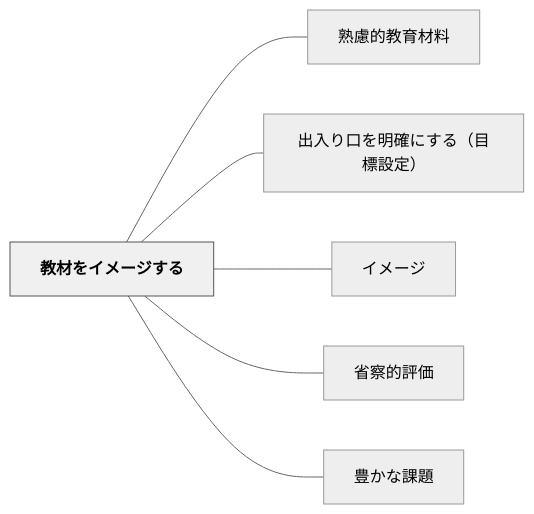
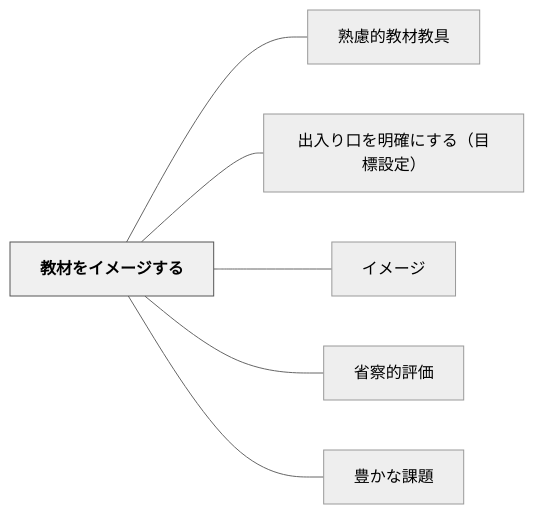
The diagram in content/パタン/教材をイメージする.md (unknownthings-ed-patterns/unknownthings-ed-patterns), drawn with Mermaid (neutral theme) before and after one commit. The commit also changed other lines of this file and 72 other files, not shown here.

````diff
--- a/content/パタン/教材をイメージする.md
+++ b/content/パタン/教材をイメージする.md
@@ -49,18 +49,18 @@
 ```mermaid
 flowchart LR
     ne69599e69d90e38292e382a4e383a1e383bce382b8e38199e3828b["教材をイメージする"]
-    ne7869fe685aee79a84e69599e882b2e69d90e69699["熟慮的教育材料"]
+    ne7869fe685aee79a84e69599e69d90e69599e585b7["熟慮的教材教具"]
     ne587bae585a5e3828ae58fa3e38292e6988ee7a2bae381abe38199e3828befbc88e79baee6a899e8a8ade5ae9aefbc89["出入り口を明確にする（目標設定）"]
     ne382a4e383a1e383bce382b8["イメージ"]
     ne79c81e5af9fe79a84e8a995e4bea1["省察的評価"]
     ne8b18ae3818be381aae8aab2e9a18c["豊かな課題"]
 
-    ne69599e69d90e38292e382a4e383a1e383bce382b8e38199e3828b --- ne7869fe685aee79a84e69599e882b2e69d90e69699
+    ne69599e69d90e38292e382a4e383a1e383bce382b8e38199e3828b --- ne7869fe685aee79a84e69599e69d90e69599e585b7
     ne69599e69d90e38292e382a4e383a1e383bce382b8e38199e3828b --- ne587bae585a5e3828ae58fa3e38292e6988ee7a2bae381abe38199e3828befbc88e79baee6a899e8a8ade5ae9aefbc89
     ne69599e69d90e38292e382a4e383a1e383bce382b8e38199e3828b --- ne382a4e383a1e383bce382b8
     ne69599e69d90e38292e382a4e383a1e383bce382b8e38199e3828b --- ne79c81e5af9fe79a84e8a995e4bea1
     ne69599e69d90e38292e382a4e383a1e383bce382b8e38199e3828b --- ne8b18ae3818be381aae8aab2e9a18c
 
     classDef hub fill:#f0f0f0,stroke:#555,color:#000,font-weight:bold
     class ne69599e69d90e38292e382a4e383a1e383bce382b8e38199e3828b hub
 ```
````
